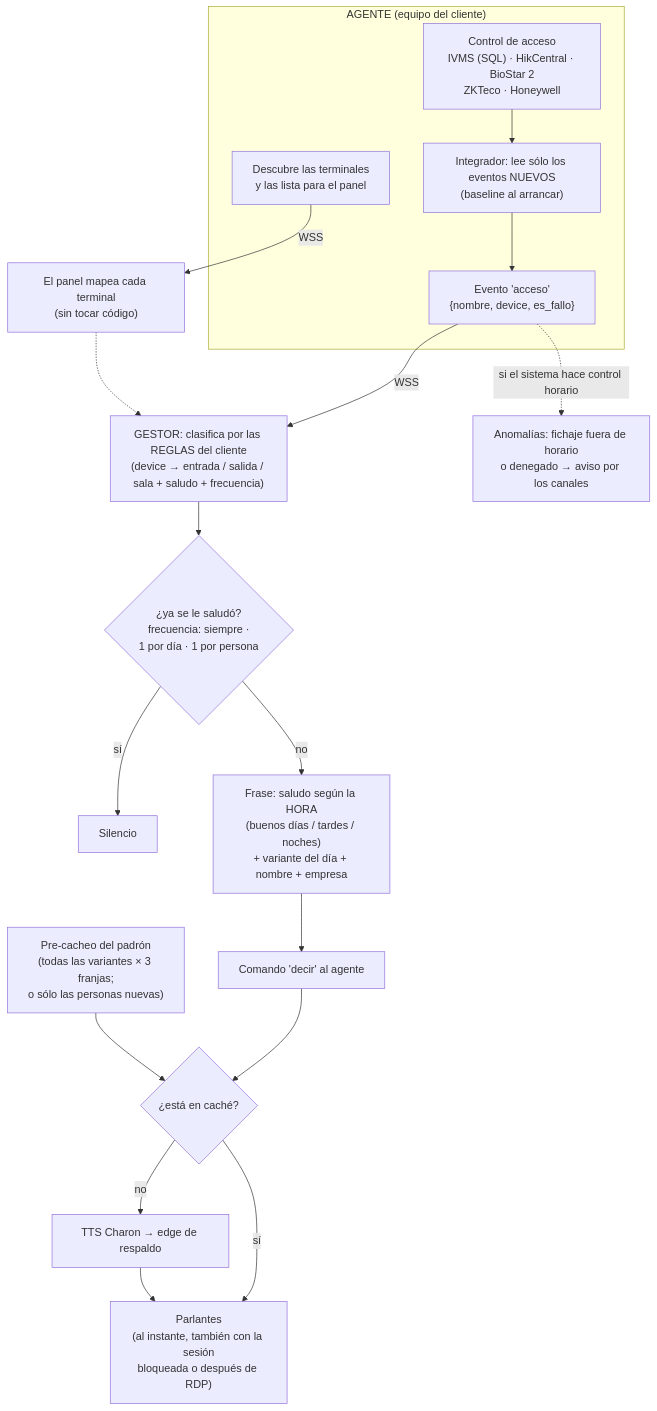
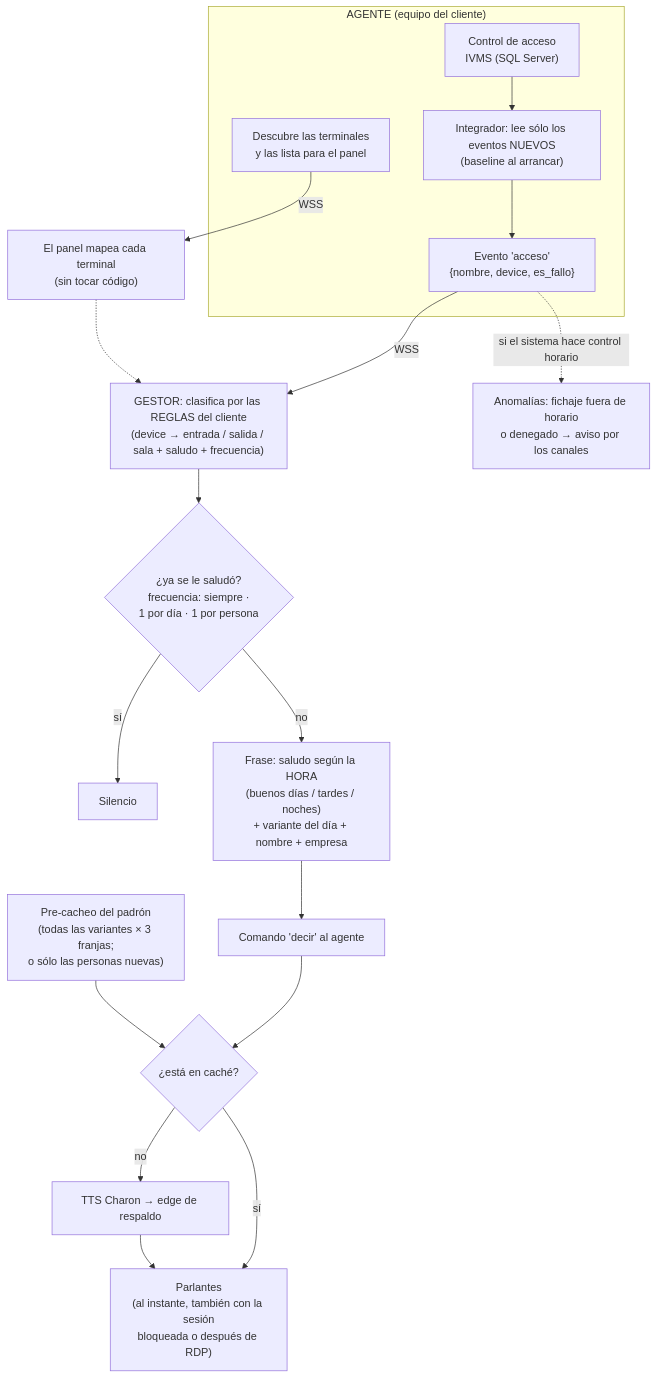
Before and after one commit to bsierra4262/ithos: the third of 6 diagrams in DOCUMENTO_MAESTRO.md, drawn with Mermaid. The commit also changed other lines of this file and 3 other files, not shown here.

````diff
--- a/DOCUMENTO_MAESTRO.md
+++ b/DOCUMENTO_MAESTRO.md
@@ -116,20 +115,20 @@
 ```mermaid
 flowchart TD
     subgraph AGE["AGENTE (equipo del cliente)"]
-        SIS["Control de acceso<br/>IVMS (SQL) · HikCentral · BioStar 2<br/>ZKTeco · Honeywell"] --> INT["Integrador: lee sólo los eventos NUEVOS<br/>(baseline al arrancar)"]
+        SIS["Control de acceso<br/>IVMS (SQL Server)"] --> INT["Integrador: lee sólo los eventos NUEVOS<br/>(baseline al arrancar)"]
         INT --> EV["Evento 'acceso'<br/>{nombre, device, es_fallo}"]
         DESC["Descubre las terminales<br/>y las lista para el panel"]
     end
     EV -->|"WSS"| CLA["GESTOR: clasifica por las REGLAS del cliente<br/>(device → entrada / salida / sala + saludo + frecuencia)"]
     DESC -->|"WSS"| MAP["El panel mapea cada terminal<br/>(sin tocar código)"]
     MAP -.-> CLA
     CLA --> DED{"¿ya se le saludó?<br/>frecuencia: siempre ·<br/>1 por día · 1 por persona"}
     DED -->|"sí"| NADA["Silencio"]
     DED -->|"no"| FR["Frase: saludo según la HORA<br/>(buenos días / tardes / noches)<br/>+ variante del día + nombre + empresa"]
     FR --> CMD["Comando 'decir' al agente"]
     CMD --> CAC{"¿está en caché?"}
     CAC -->|"sí"| PAR["Parlantes<br/>(al instante, también con la sesión<br/>bloqueada o después de RDP)"]
     CAC -->|"no"| TTS["TTS Charon → edge de respaldo"] --> PAR
     PRE["Pre-cacheo del padrón<br/>(todas las variantes × 3 franjas;<br/>o sólo las personas nuevas)"] --> CAC
     EV -.->|"si el sistema hace control horario"| ANO["Anomalías: fichaje fuera de horario<br/>o denegado → aviso por los canales"]
 ```
````
